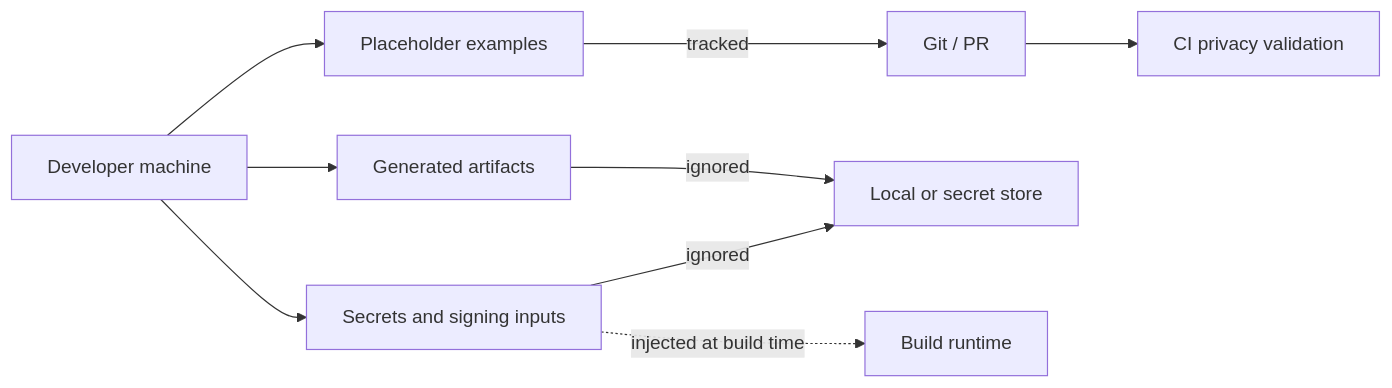
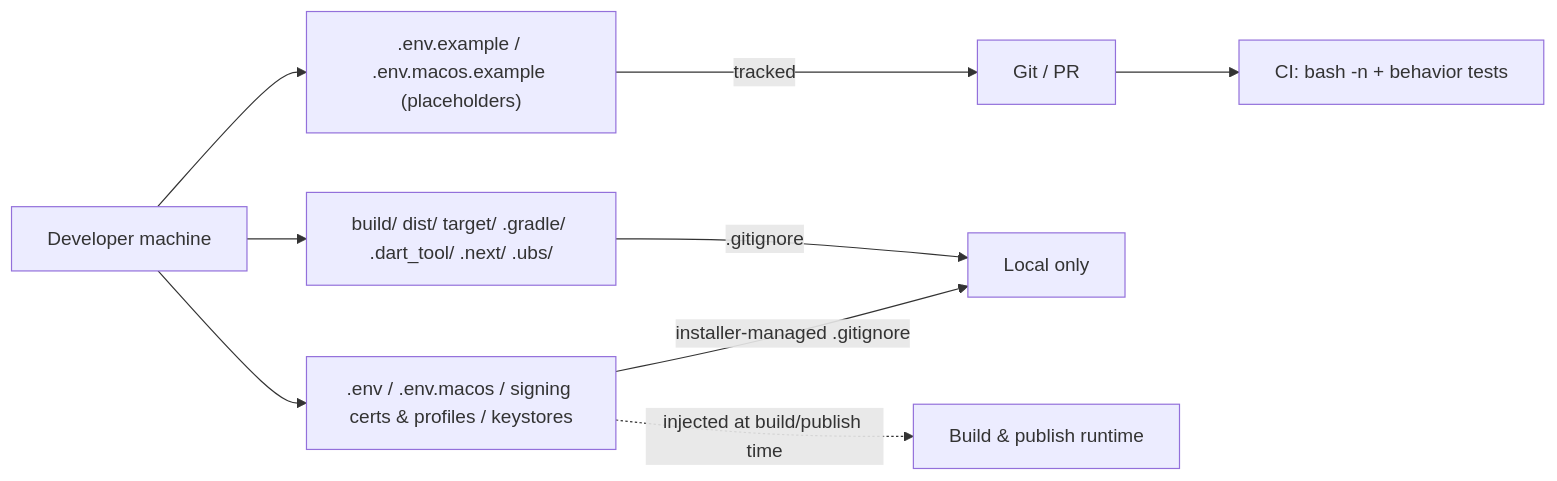
One commit to Claude-Personal/ubs changed the tenth of 10 diagrams in README.en.md. Above: the diagram before and after it, drawn with Mermaid. The commit also changed other lines of this file, not shown here.

First line of the commit message:
docs(readme): rewrite English README with verified architecture, publish workflow, and security details

````diff
--- a/README.en.md
+++ b/README.en.md
@@ -335,11 +438,11 @@
 ```mermaid
 flowchart LR
-    D["Developer machine"] --> E["Placeholder examples"]
-    D --> S["Secrets and signing inputs"]
-    D --> O["Generated artifacts"]
-    E -->|"tracked"| G["Git / PR"]
-    S -->|"ignored"| L["Local or secret store"]
-    O -->|"ignored"| L
-    G --> C["CI privacy validation"]
-    S -.->|"injected at build time"| R["Build runtime"]
+    Dev["Developer machine"] --> Ex[".env.example / .env.macos.example (placeholders)"]
+    Dev --> Sec[".env / .env.macos / signing certs & profiles / keystores"]
+    Dev --> Out["build/ dist/ target/ .gradle/ .dart_tool/ .next/ .ubs/"]
+    Ex -->|tracked| Git["Git / PR"]
+    Sec -->|"installer-managed .gitignore"| Local["Local only"]
+    Out -->|".gitignore"| Local
+    Git --> CI["CI: bash -n + behavior tests"]
+    Sec -.->|"injected at build/publish time"| Runtime["Build & publish runtime"]
 ```
````
